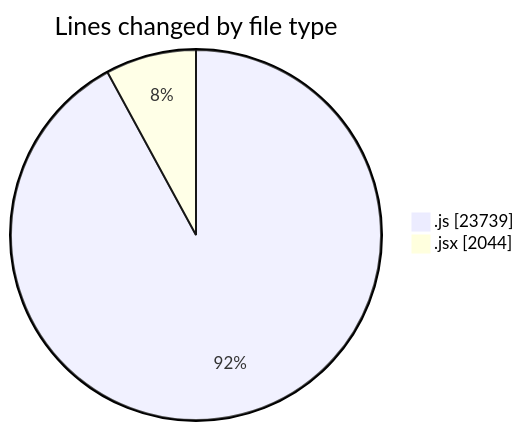
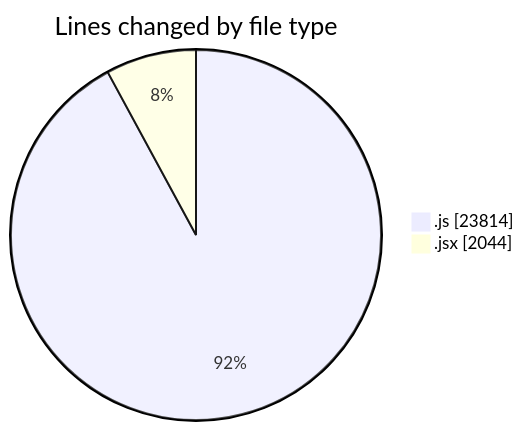
One commit to nxtqubesakshisongat/code-tracking changed the first of 2 diagrams in 2025-10-01/nxtqube_webapp/README.md. Above: the diagram before and after it, drawn with Mermaid. The commit also changed other lines of this file and 1 other file, not shown here.

````diff
--- a/2025-10-01/nxtqube_webapp/README.md
+++ b/2025-10-01/nxtqube_webapp/README.md
@@ -23,6 +23,6 @@
 ```mermaid
 pie showData
 title Lines changed by file type
-".js" : 23739
+".js" : 23814
 ".jsx" : 2044
 ```
````
